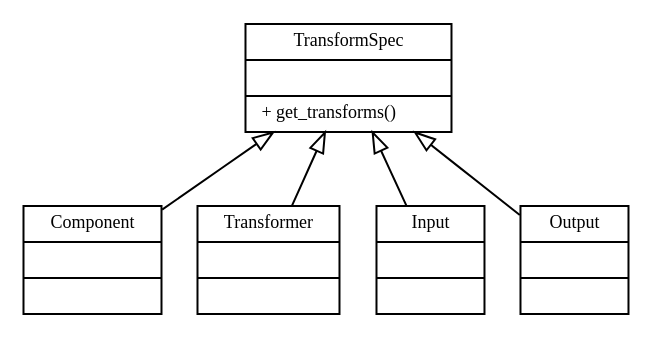
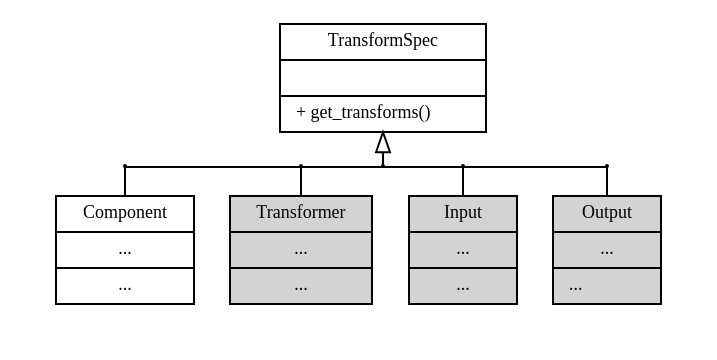
The diagram in source/python-docutils/transform-spec.dot (showa-yojyo/notebook), drawn with Graphviz before and after one commit. The commit also changed 5 other files, not shown here.

```diff
--- a/source/python-docutils/transform-spec.dot
+++ b/source/python-docutils/transform-spec.dot
@@ -1,45 +1,88 @@
 digraph G {
     graph [
         fontname = "Bitstream Vera Sans"
         fontsize = 9
+        ranksep = 0.2
+        center = true
+        compound = true
+        splines = ortho
     ]
     node [
         fontname = "Bitstream Vera Sans"
         fontsize = 9
         shape = "record"
+    ]
+    edge [
+        arrowtail = empty
+        fontname = "Bitstream Vera Sans"
+        fontsize = 9
     ]
 
     TransformSpec [
         label = "{TransformSpec
         |
         |+ get_transforms()\l}"
     ]
     Component [
         label = "{Component
-        |
-        |}"
+        |...
+        |...}"
+    ]
+    
+    node [
+        fillcolor = lightgrey
+        style = filled
     ]
     Transformer [
         label = "{Transformer
-        |
-        |}"
+        |...
+        |...}"
     ]
     Input [
         label = "{Input
-        |
-        |}"
+        |...
+        |...}"
     ]
     Output [
         label = "{Output
-        |
-        |\l}"
+        |...
+        |...\l}"
     ]
 
+    { rank = min ; TransformSpec }
+
+    subgraph cluster0 {
+        graph [
+            penwidth = 0
+        ]
+        // elbow nodes
+        node [
+            shape = circle
+            label = ""
+            height = 0
+            width = 0
+        ]
+        a, b, c, d, e
+
+        // elbow edges
+        edge [
+            arrowhead = none
+            arrowtail = none
+            dir = none
+        ]
+
+        a -> b -> c -> d -> e [ constraint = false ]
+        e -> Component
+        d -> Transformer
+        b -> Input
+        a -> Output
+    }
+
+    // inheritance hierarchy
     edge [
-        arrowhead = "empty"
+        arrowtail = empty
+        dir = back
     ]
-    Component, Transformer, Input, Output -> TransformSpec
 
-    { rank = min; TransformSpec }
-    { rank = max; Component, Transformer, Input, Output }
+    TransformSpec -> c
 }
```
